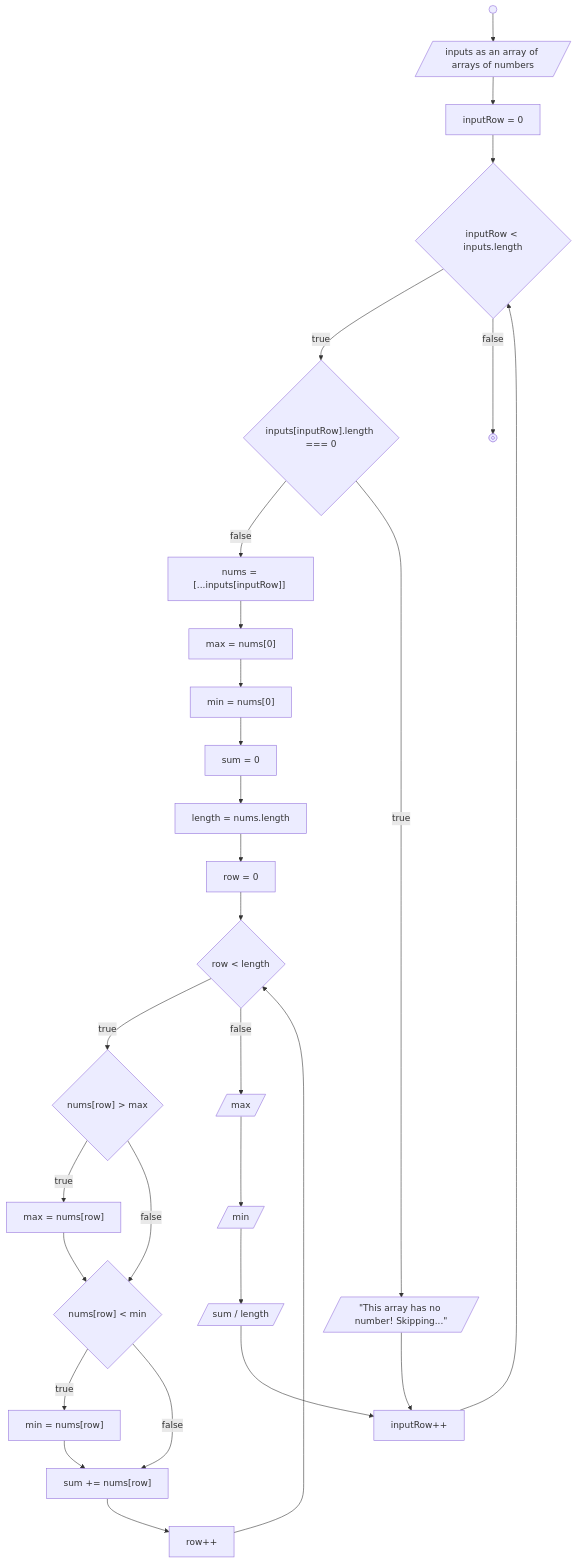
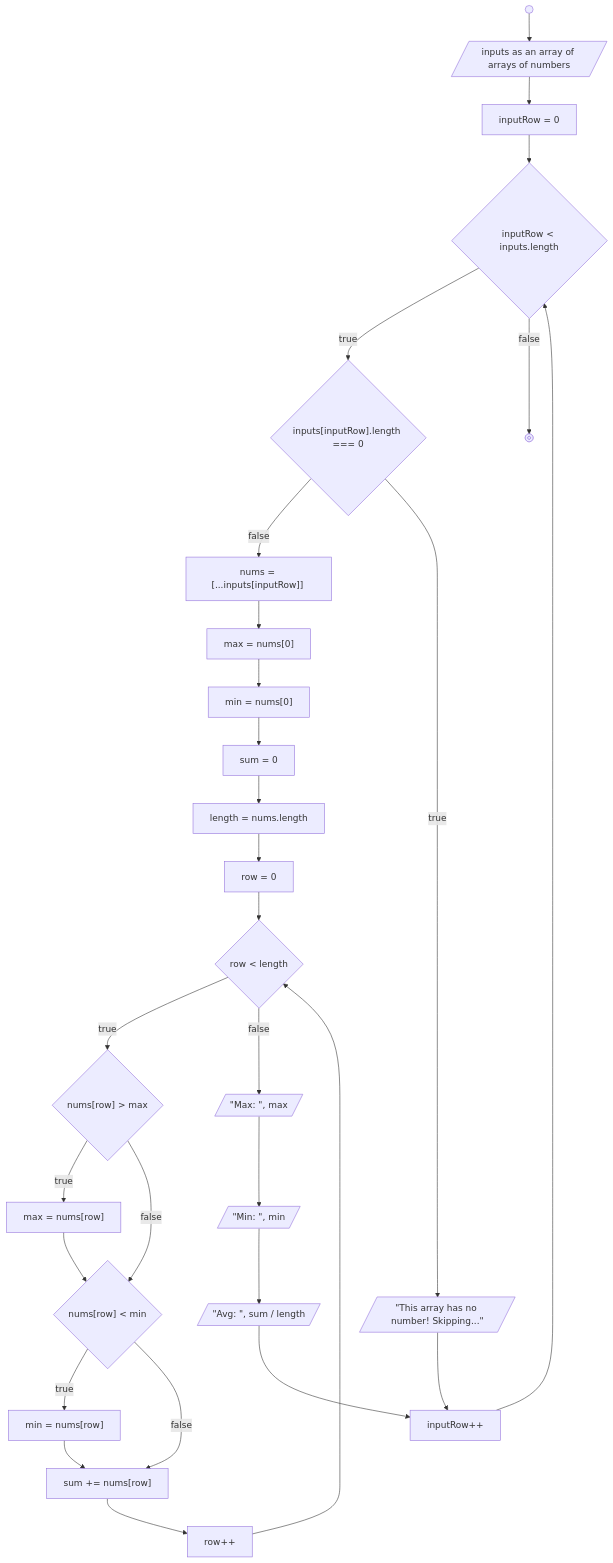
Before and after one commit to sronnaim/koda-b10-javascript4: the diagram in README.md, drawn with Mermaid. The commit also changed 1 other file, not shown here.

Commit message:
feat: added additional context string for outputs

````diff
--- a/README.md
+++ b/README.md
@@ -7,51 +7,51 @@
 ```mermaid
 flowchart TD
     Start@{ shape: start }
     InputArrayOfNums@{ shape: lean-r, label: "inputs as an array of arrays of numbers" }
     InputRowInit@{ shape: rect, label: "inputRow = 0" }
     InputRowControl@{ shape: decision, label: "inputRow < inputs.length" }
     IncrInputRow@{ shape: rect, label: "inputRow++" }
     EmptyRowControl@{ shape: decision, label: "inputs[inputRow].length === 0" }
     WarnAndSkipEmptyRow@{ shape: lean-r, label: "#quot;This array has no number! Skipping...#quot;" }
     InitRowOfNums@{ shape: rect, label: "nums = [...inputs[inputRow]] "}
     InitMax@{ shape: rect, label: "max = nums[0]" }
     InitMin@{ shape: rect, label: "min = nums[0]" }
     InitSum@{ shape: rect, label: "sum = 0" }
     InitLength@{ shape: rect, label: "length = nums.length" }
     InitRow@{ shape: rect, label: "row = 0" }
     RowControl@{ shape: decision, label: "row < length" }
     MaxControl@{ shape: decision, label: "nums[row] > max" }
     ChangeMax@{ shape: rect, label: "max = nums[row]" }
     MinControl@{ shape: decision, label: "nums[row] < min" }
     ChangeMin@{ shape: rect, label: "min = nums[row]"}
     AddToSum@{ shape: rect, label: "sum += nums[row]" }
     IncrRow@{ shape: rect, label: "row++" }
-    OutputMax@{ shape: lean-r, label: "max" }
-    OutputMin@{ shape: lean-r, label: "min" }
-    OutputAvg@{ shape: lean-r, label: "sum / length" }
+    OutputMax@{ shape: lean-r, label: "#quot;Max: #quot;, max" }
+    OutputMin@{ shape: lean-r, label: "#quot;Min: #quot;, min" }
+    OutputAvg@{ shape: lean-r, label: "#quot;Avg: #quot;, sum / length" }
     End@{ shape: stop }
 
     Start --> InputArrayOfNums --> InputRowInit --> InputRowControl
 
     InputRowControl --true--> EmptyRowControl
     EmptyRowControl --false--> InitRowOfNums
     EmptyRowControl --true--> WarnAndSkipEmptyRow --> IncrInputRow
 
     InputRowControl --false--> End
 
     InitRowOfNums --> InitMax --> InitMin --> InitSum --> InitLength --> InitRow --> RowControl
 
     RowControl --true--> MaxControl
 
     MaxControl --true--> ChangeMax --> MinControl
     MaxControl --false--> MinControl
 
     MinControl --true--> ChangeMin --> AddToSum
     MinControl --false--> AddToSum
 
     AddToSum --> IncrRow --> RowControl
 
     RowControl --false--> OutputMax --> OutputMin --> OutputAvg
 
     OutputAvg --> IncrInputRow --> InputRowControl
 ```
````
